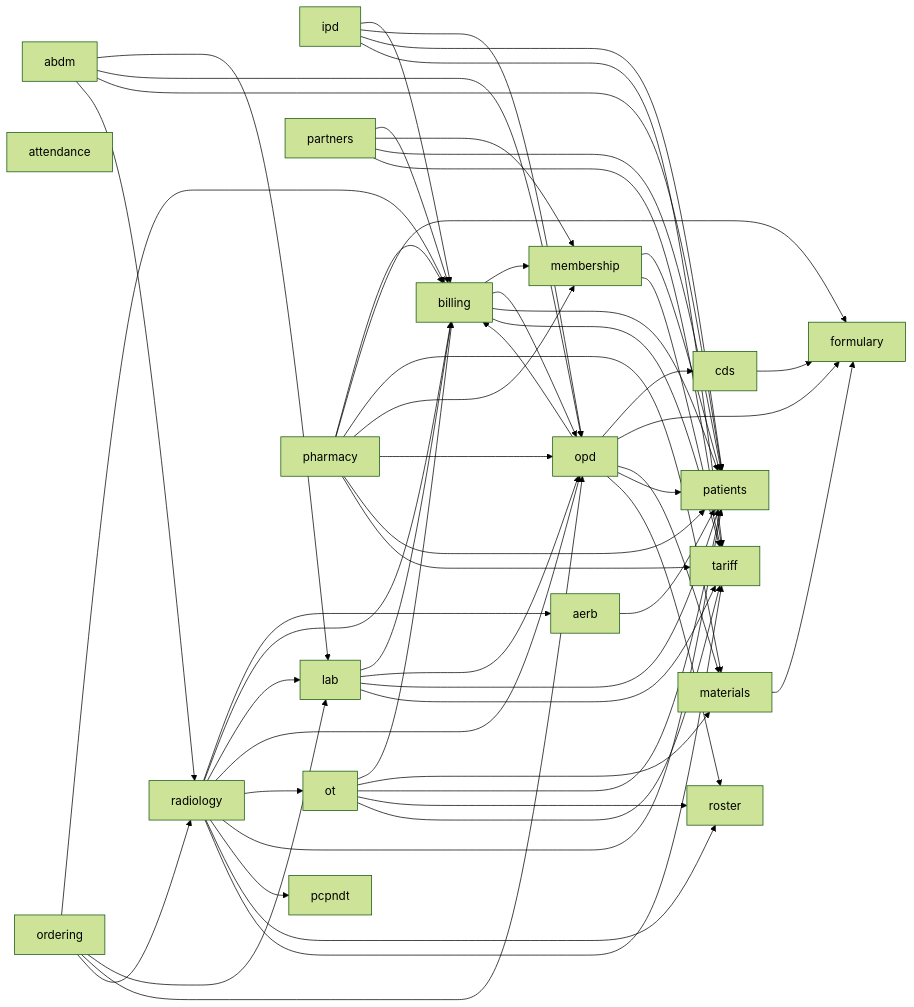
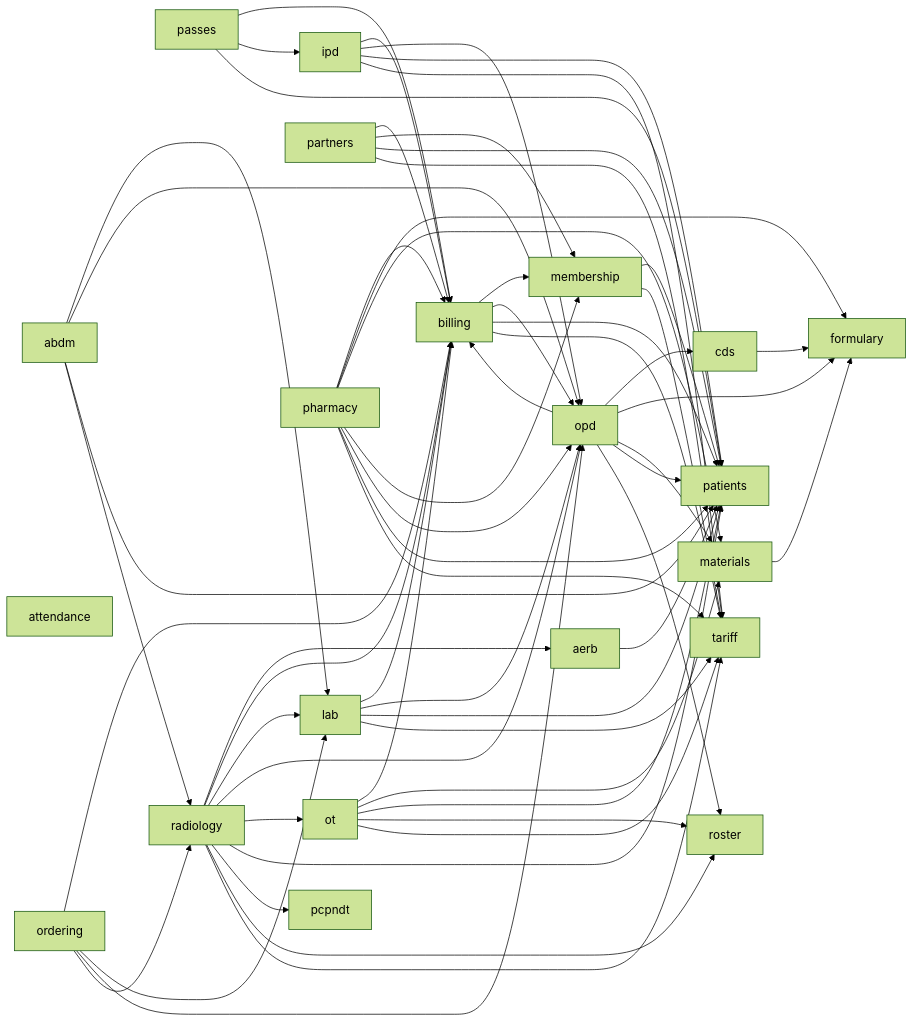
One commit to ankits3a/hims-hmis changed the second of 2 diagrams in docs/architecture/README.md. Above: the diagram before and after it, drawn with Mermaid (forest theme). The commit also changed other lines of this file and 11 other files, not shown here.

```diff
--- a/docs/architecture/README.md
+++ b/docs/architecture/README.md
@@ -44,6 +44,7 @@
   ordering[ordering]
   ot[ot]
   partners[partners]
+  passes[passes]
   patients[patients]
   pcpndt[pcpndt]
   pharmacy[pharmacy]
@@ -90,6 +91,9 @@
   partners --> membership
   partners --> patients
   partners --> tariff
+  passes --> billing
+  passes --> ipd
+  passes --> patients
   pharmacy --> billing
   pharmacy --> formulary
   pharmacy --> materials
```
